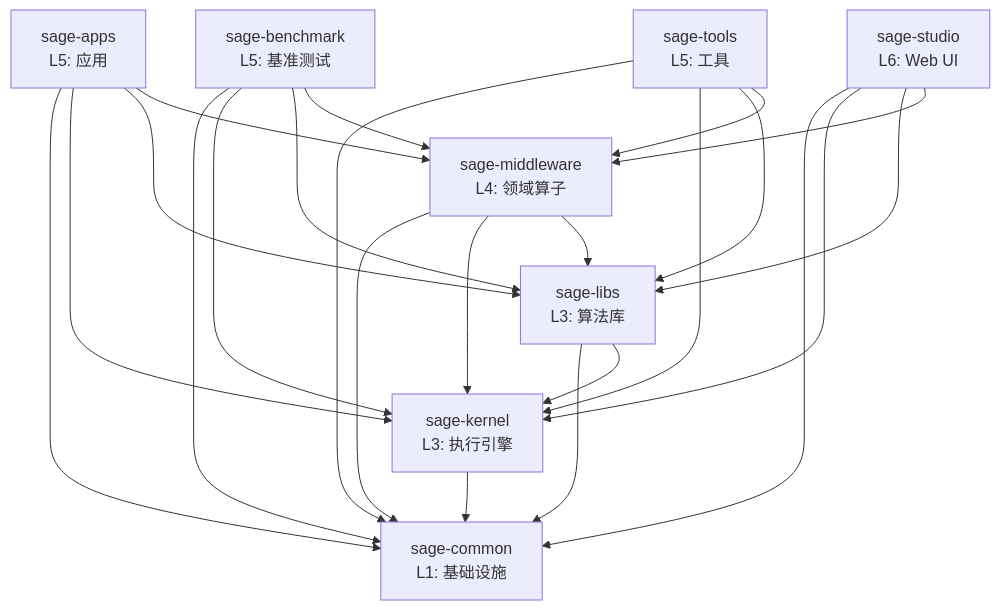
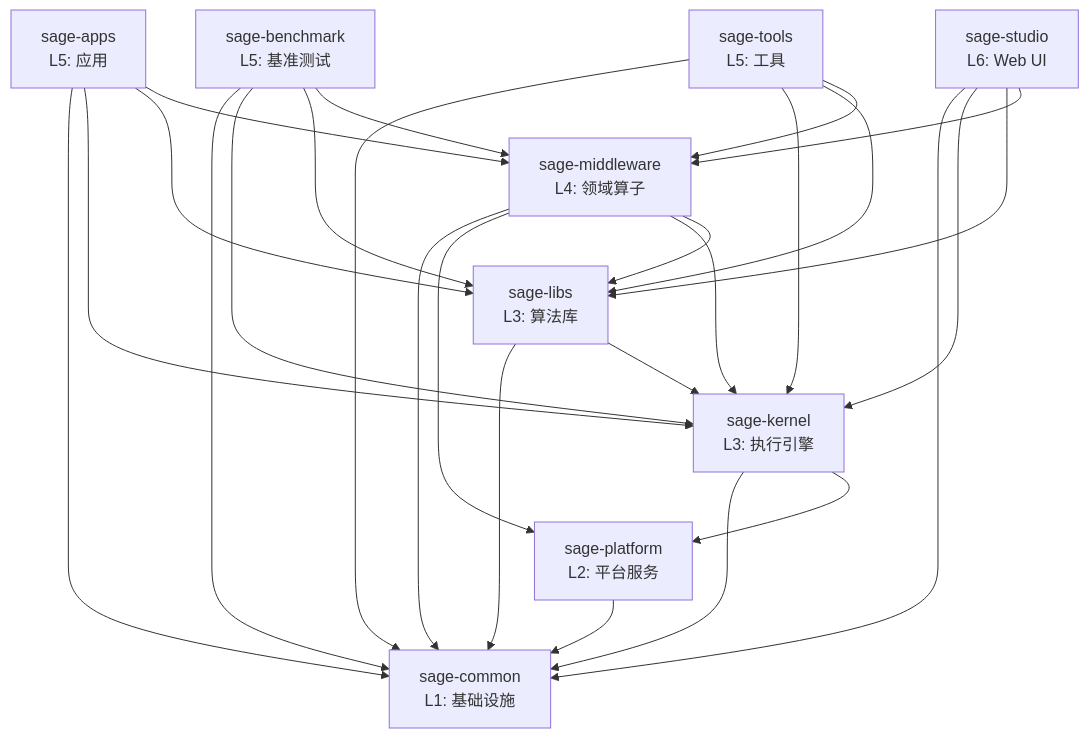
One commit to intellistream/SAGE changed the diagram in docs/PACKAGE_ARCHITECTURE.md. Above: the diagram before and after it, drawn with Mermaid. The commit also changed other lines of this file, not shown here.

First line of the commit message:
docs: Update PACKAGE_ARCHITECTURE.md with L2 layer completion

````diff
--- a/docs/PACKAGE_ARCHITECTURE.md
+++ b/docs/PACKAGE_ARCHITECTURE.md
@@ -237,43 +252,49 @@
 ```mermaid
 graph TD
     common[sage-common<br/>L1: 基础设施]
+    
+    platform[sage-platform<br/>L2: 平台服务]
     
     kernel[sage-kernel<br/>L3: 执行引擎]
     libs[sage-libs<br/>L3: 算法库]
     
     middleware[sage-middleware<br/>L4: 领域算子]
     
     apps[sage-apps<br/>L5: 应用]
     benchmark[sage-benchmark<br/>L5: 基准测试]
     tools[sage-tools<br/>L5: 工具]
     
     studio[sage-studio<br/>L6: Web UI]
     
+    platform --> common
+    
     kernel --> common
+    kernel --> platform
     libs --> common
     libs --> kernel
     
     middleware --> common
+    middleware --> platform
     middleware --> kernel
     middleware --> libs
     
     apps --> common
     apps --> kernel
     apps --> libs
     apps --> middleware
     
     benchmark --> common
     benchmark --> kernel
     benchmark --> libs
     benchmark --> middleware
     
     tools --> common
     tools --> kernel
     tools --> libs
     tools --> middleware
     
     studio --> common
     studio --> kernel
     studio --> libs
     studio --> middleware
 ```
````
